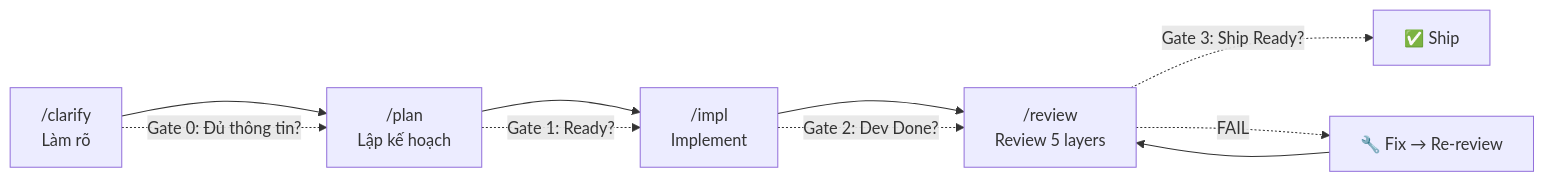
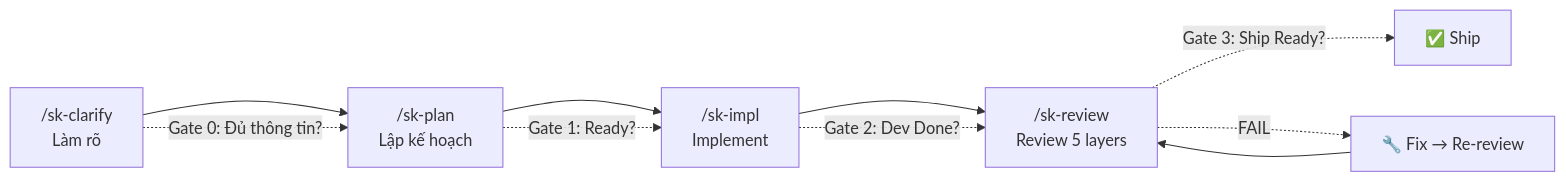
The third of 6 diagrams in HowItWorks.md (Sonleeee/Agent-Dev-Kit), drawn with Mermaid before and after one commit. The commit also changed other lines of this file and 45 other files, not shown here.

````diff
--- a/HowItWorks.md
+++ b/HowItWorks.md
@@ -88,13 +88,13 @@
 ```mermaid
 flowchart LR
-    C["/clarify<br/>Làm rõ"] --> P["/plan<br/>Lập kế hoạch"]
-    P --> I["/impl<br/>Implement"]
-    I --> R["/review<br/>Review 5 layers"]
+    C["/sk-clarify<br/>Làm rõ"] --> P["/sk-plan<br/>Lập kế hoạch"]
+    P --> I["/sk-impl<br/>Implement"]
+    I --> R["/sk-review<br/>Review 5 layers"]
   
     C -.->|Gate 0: Đủ thông tin?| P
     P -.->|Gate 1: Ready?| I
     I -.->|Gate 2: Dev Done?| R
     R -.->|Gate 3: Ship Ready?| SHIP["✅ Ship"]
     R -.->|FAIL| FIX["🔧 Fix → Re-review"]
     FIX --> R
 ```
````
